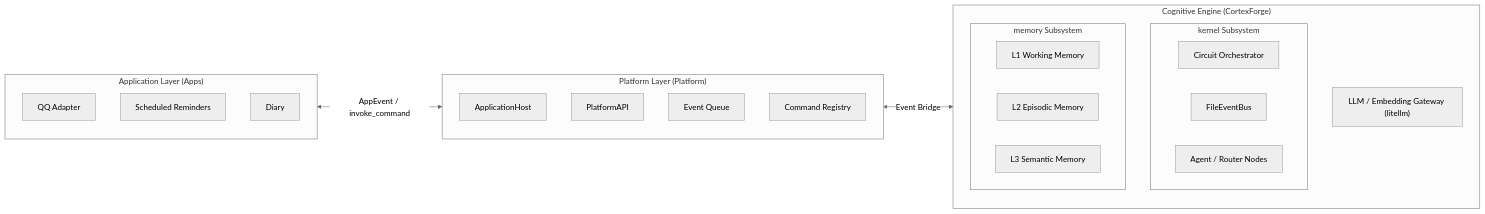
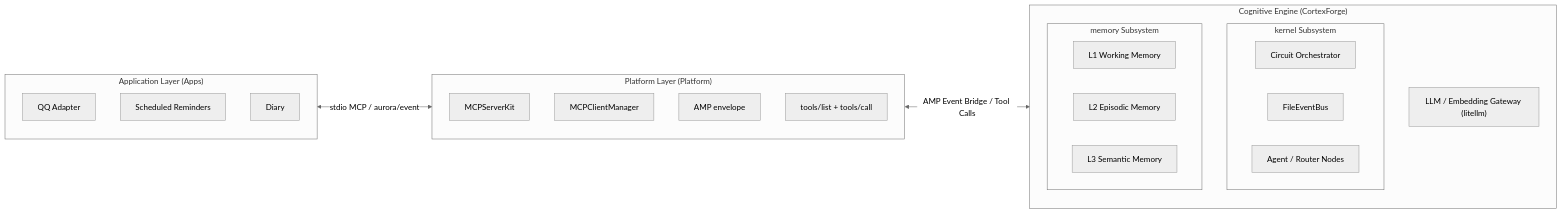
Before and after one commit to AuroraBot-Dev/AuroraBot: the diagram in README.en.md, drawn with Mermaid (neutral theme). The commit also changed other lines of this file and 33 other files, not shown here.

````diff
--- a/README.en.md
+++ b/README.en.md
@@ -42,36 +42,36 @@
 ```mermaid
 flowchart LR
     subgraph APPS["Application Layer (Apps)"]
         direction TB
         QQ["QQ Adapter"]
         ALARM["Scheduled Reminders"]
         DIARY["Diary"]
     end
 
     subgraph PLATFORM["Platform Layer (Platform)"]
         direction TB
-        HOST["ApplicationHost"]
-        API["PlatformAPI"]
-        EVENTS["Event Queue"]
-        CMDS["Command Registry"]
+        KIT["MCPServerKit"]
+        CLIENT["MCPClientManager"]
+        AMP["AMP envelope"]
+        TOOLS["tools/list + tools/call"]
     end
 
     subgraph BRAIN["Cognitive Engine (CortexForge)"]
         subgraph KERNEL["kernel Subsystem"]
             direction LR
             CIRCUIT["Circuit Orchestrator"]
             BUS["FileEventBus"]
             NODES["Agent / Router Nodes"]
         end
         subgraph MEMORY["memory Subsystem"]
             direction LR
             L1["L1 Working Memory"]
             L2["L2 Episodic Memory"]
             L3["L3 Semantic Memory"]
         end
         GATEWAY["LLM / Embedding Gateway (litellm)"]
     end
 
-    APPS <-->|"AppEvent / invoke_command"| PLATFORM
-    PLATFORM <-->|"Event Bridge"| BRAIN
+    APPS <-->|"stdio MCP / aurora/event"| PLATFORM
+    PLATFORM <-->|"AMP Event Bridge / Tool Calls"| BRAIN
 ```
````
